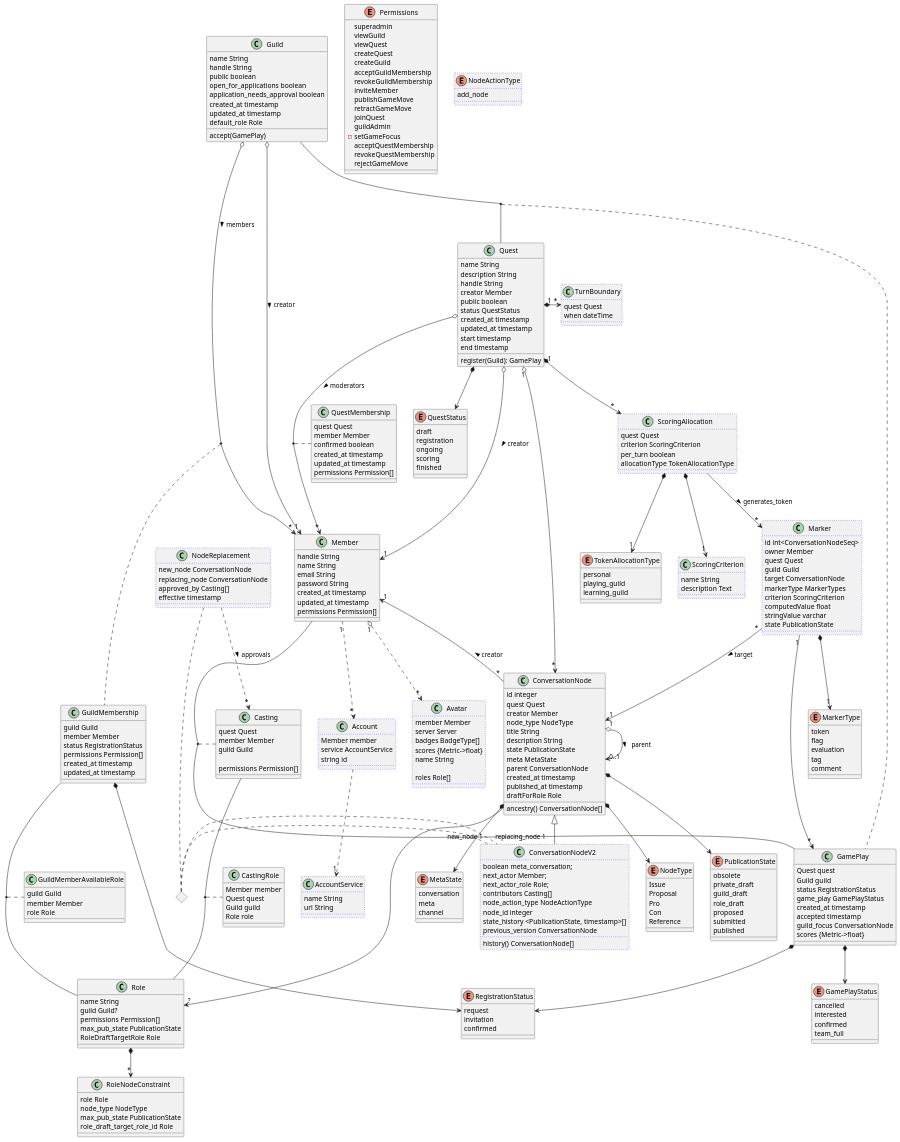
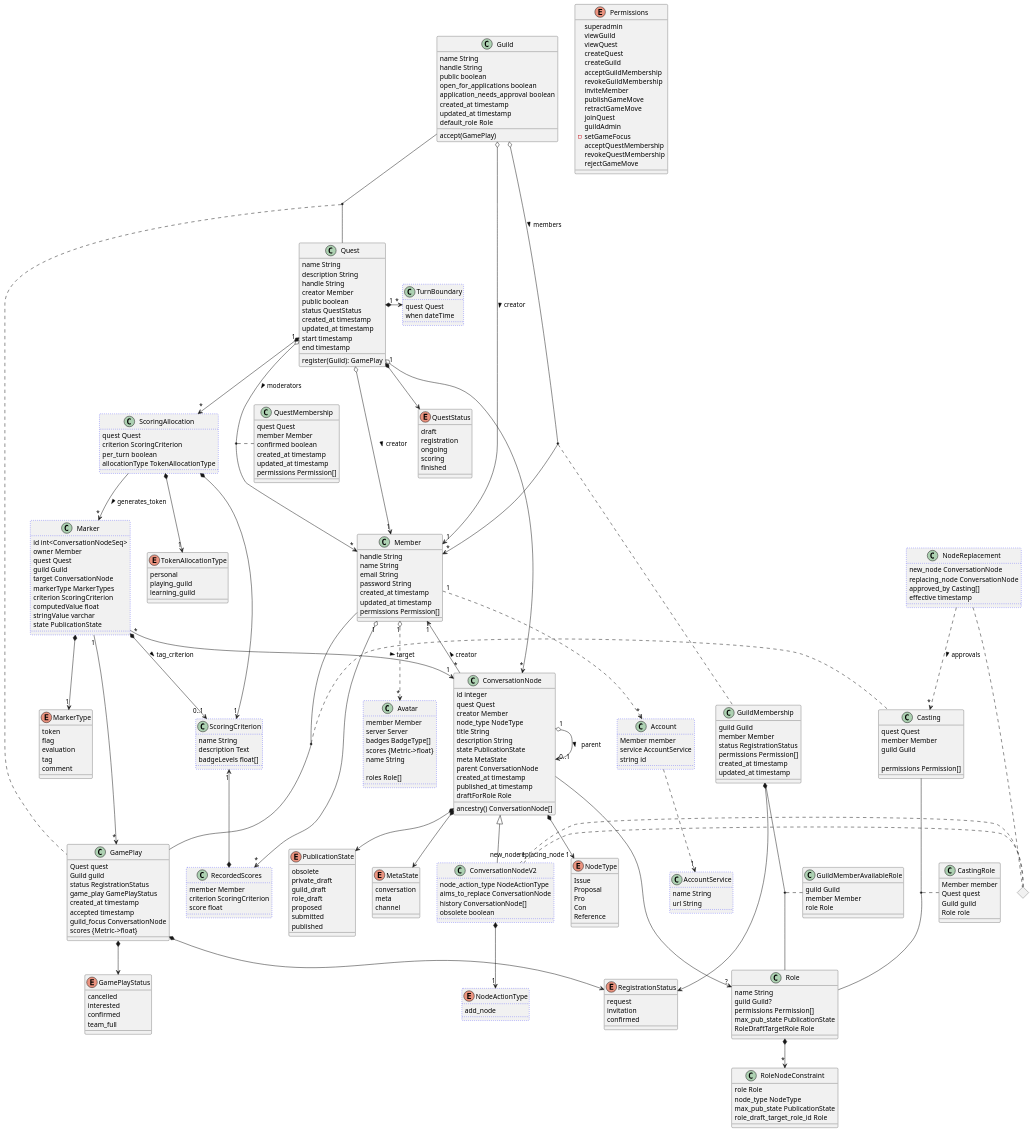
Before and after one commit to topicquests/sensecraft: the diagram in documentation/diagrams/sensecraft_planning.puml, drawn with PlantUML.

Commit message:
diagram evolution

```diff
--- a/documentation/diagrams/sensecraft_planning.puml
+++ b/documentation/diagrams/sensecraft_planning.puml
@@ -25,7 +25,17 @@
   class ScoringCriterion #line.dotted:blue {
     name String
     description Text
+    badgeLevels float[]
   }
+
+  class RecordedScores #line.dotted:blue {
+    'Could be a view, but a bit costly to compute'
+    member Member
+    criterion ScoringCriterion
+    score float
+  }
+  Member "1" o--> "*" RecordedScores
+  ScoringCriterion "1" <--* RecordedScores
 
   class Marker #line.dotted:blue {
     id int<ConversationNodeSeq>
@@ -46,6 +56,7 @@
 Marker "*" --> "1" ConversationNode  :> target
 Marker "1" -> "*" GamePlay
 Marker *--> "1" MarkerType
+Marker *--> "0..1" ScoringCriterion :> tag_criterion
 
   class ScoringAllocation #line.dotted:blue {
     quest Quest
@@ -255,20 +266,15 @@
 ConversationNode <|-- ConversationNodeV2
 
 class ConversationNodeV2 #line.dotted:blue {
-    boolean meta_conversation;
-    next_actor Member;
-    next_actor_role Role;
-    contributors Casting[]
     node_action_type NodeActionType
-    node_id integer
-    state_history <PublicationState, timestamp>[]
-    ' GamePhase inferred from history? '
-    ' allow more history than PublicationState? '
-    previous_version ConversationNode
-    history() ConversationNode[]
-    ' may materialize in a ltree '
+    aims_to_replace ConversationNode
+    history ConversationNode[]
+    obsolete boolean
   }
-
+ConversationNodeV2 *--> "1" NodeActionType
+'When a node replaces another, the other node gets obsolete status (not to be confused with pubstate),'
+'and the children are redirected to the new node'
+'Maybe remove obsolete PubState, only keep the flag. We need obsolete version of each pubstate'
 
   class NodeReplacement #line.dotted:blue {
     new_node ConversationNode
```
